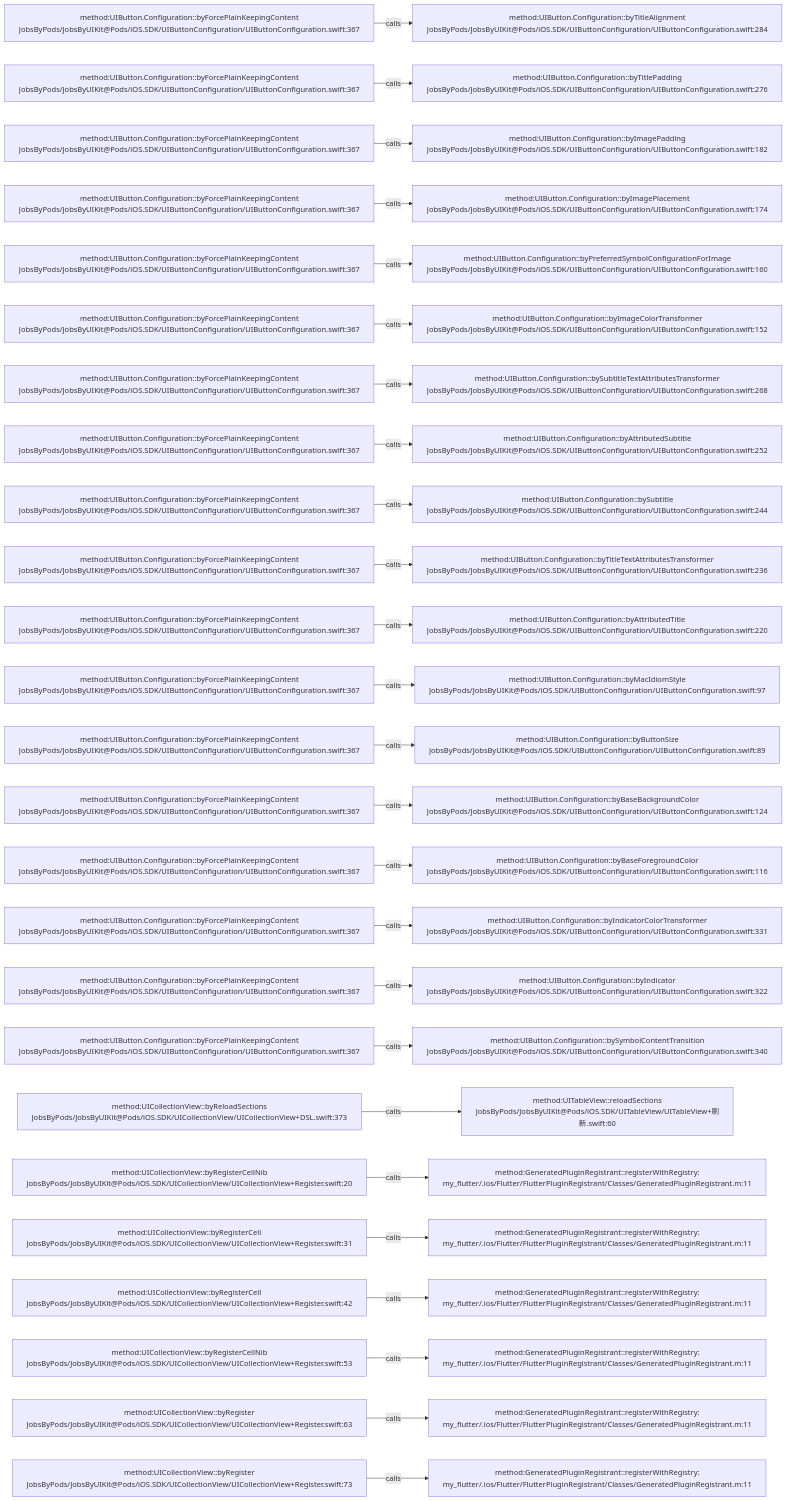
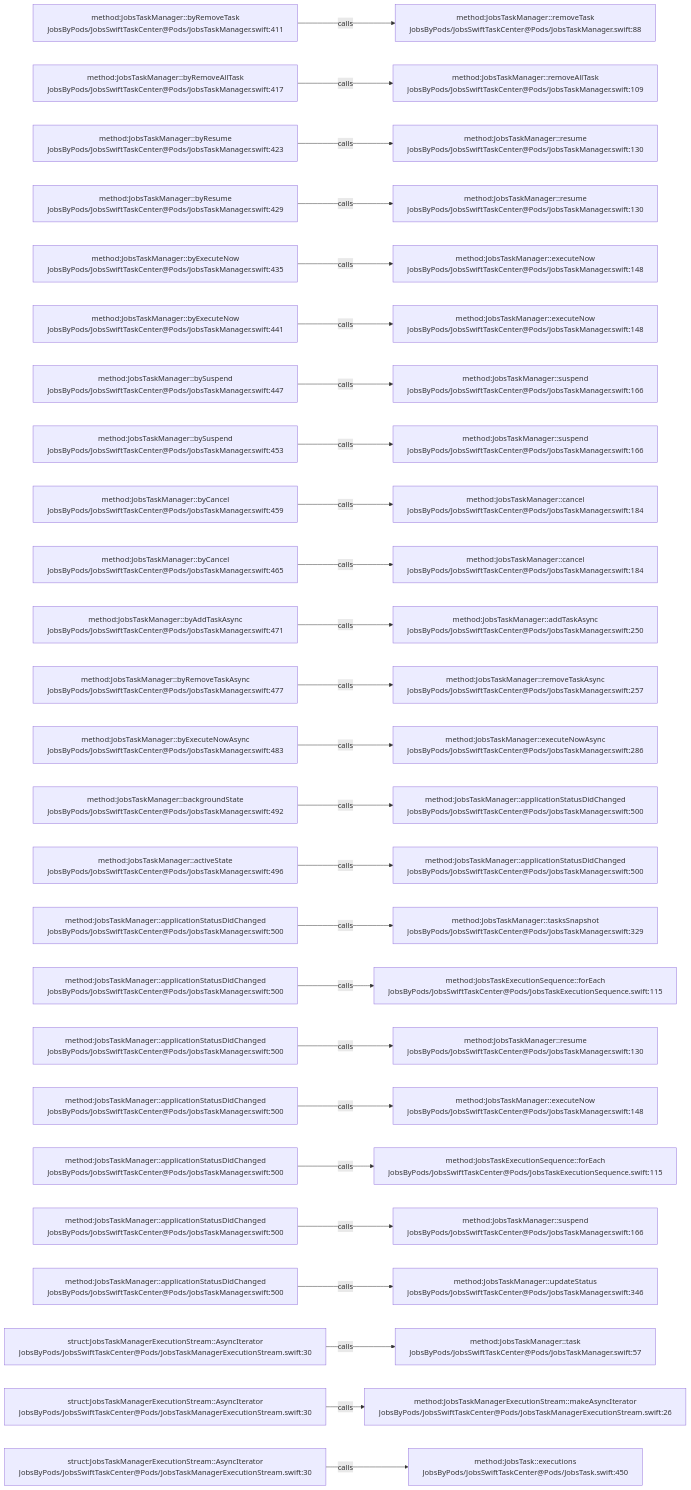
One commit to JobsKits/JobsSwiftBaseConfigDemo changed the diagram in .codegraph/codegraph.md/graphs/calls-058.md. Above: the diagram before and after it, drawn with Mermaid. The commit also changed 569 other files, not shown here.

````diff
--- a/.codegraph/codegraph.md/graphs/calls-058.md
+++ b/.codegraph/codegraph.md/graphs/calls-058.md
@@ -13,78 +13,78 @@
 ```mermaid
 flowchart LR
-  S1["method:UIButton.Configuration::byForcePlainKeepingContent<br/>JobsByPods/JobsByUIKit@Pods/iOS.SDK/UIButtonConfiguration/UIButtonConfiguration.swift:367"]
-  T1["method:UIButton.Configuration::byTitleAlignment<br/>JobsByPods/JobsByUIKit@Pods/iOS.SDK/UIButtonConfiguration/UIButtonConfiguration.swift:284"]
+  S1["method:JobsTaskManager::byRemoveTask<br/>JobsByPods/JobsSwiftTaskCenter@Pods/JobsTaskManager.swift:411"]
+  T1["method:JobsTaskManager::removeTask<br/>JobsByPods/JobsSwiftTaskCenter@Pods/JobsTaskManager.swift:88"]
   S1 -->|calls| T1
-  S2["method:UIButton.Configuration::byForcePlainKeepingContent<br/>JobsByPods/JobsByUIKit@Pods/iOS.SDK/UIButtonConfiguration/UIButtonConfiguration.swift:367"]
-  T2["method:UIButton.Configuration::byTitlePadding<br/>JobsByPods/JobsByUIKit@Pods/iOS.SDK/UIButtonConfiguration/UIButtonConfiguration.swift:276"]
+  S2["method:JobsTaskManager::byRemoveAllTask<br/>JobsByPods/JobsSwiftTaskCenter@Pods/JobsTaskManager.swift:417"]
+  T2["method:JobsTaskManager::removeAllTask<br/>JobsByPods/JobsSwiftTaskCenter@Pods/JobsTaskManager.swift:109"]
   S2 -->|calls| T2
-  S3["method:UIButton.Configuration::byForcePlainKeepingContent<br/>JobsByPods/JobsByUIKit@Pods/iOS.SDK/UIButtonConfiguration/UIButtonConfiguration.swift:367"]
-  T3["method:UIButton.Configuration::byImagePadding<br/>JobsByPods/JobsByUIKit@Pods/iOS.SDK/UIButtonConfiguration/UIButtonConfiguration.swift:182"]
+  S3["method:JobsTaskManager::byResume<br/>JobsByPods/JobsSwiftTaskCenter@Pods/JobsTaskManager.swift:423"]
+  T3["method:JobsTaskManager::resume<br/>JobsByPods/JobsSwiftTaskCenter@Pods/JobsTaskManager.swift:130"]
   S3 -->|calls| T3
-  S4["method:UIButton.Configuration::byForcePlainKeepingContent<br/>JobsByPods/JobsByUIKit@Pods/iOS.SDK/UIButtonConfiguration/UIButtonConfiguration.swift:367"]
-  T4["method:UIButton.Configuration::byImagePlacement<br/>JobsByPods/JobsByUIKit@Pods/iOS.SDK/UIButtonConfiguration/UIButtonConfiguration.swift:174"]
+  S4["method:JobsTaskManager::byResume<br/>JobsByPods/JobsSwiftTaskCenter@Pods/JobsTaskManager.swift:429"]
+  T4["method:JobsTaskManager::resume<br/>JobsByPods/JobsSwiftTaskCenter@Pods/JobsTaskManager.swift:130"]
   S4 -->|calls| T4
-  S5["method:UIButton.Configuration::byForcePlainKeepingContent<br/>JobsByPods/JobsByUIKit@Pods/iOS.SDK/UIButtonConfiguration/UIButtonConfiguration.swift:367"]
-  T5["method:UIButton.Configuration::byPreferredSymbolConfigurationForImage<br/>JobsByPods/JobsByUIKit@Pods/iOS.SDK/UIButtonConfiguration/UIButtonConfiguration.swift:160"]
+  S5["method:JobsTaskManager::byExecuteNow<br/>JobsByPods/JobsSwiftTaskCenter@Pods/JobsTaskManager.swift:435"]
+  T5["method:JobsTaskManager::executeNow<br/>JobsByPods/JobsSwiftTaskCenter@Pods/JobsTaskManager.swift:148"]
   S5 -->|calls| T5
-  S6["method:UIButton.Configuration::byForcePlainKeepingContent<br/>JobsByPods/JobsByUIKit@Pods/iOS.SDK/UIButtonConfiguration/UIButtonConfiguration.swift:367"]
-  T6["method:UIButton.Configuration::byImageColorTransformer<br/>JobsByPods/JobsByUIKit@Pods/iOS.SDK/UIButtonConfiguration/UIButtonConfiguration.swift:152"]
+  S6["method:JobsTaskManager::byExecuteNow<br/>JobsByPods/JobsSwiftTaskCenter@Pods/JobsTaskManager.swift:441"]
+  T6["method:JobsTaskManager::executeNow<br/>JobsByPods/JobsSwiftTaskCenter@Pods/JobsTaskManager.swift:148"]
   S6 -->|calls| T6
-  S7["method:UIButton.Configuration::byForcePlainKeepingContent<br/>JobsByPods/JobsByUIKit@Pods/iOS.SDK/UIButtonConfiguration/UIButtonConfiguration.swift:367"]
-  T7["method:UIButton.Configuration::bySubtitleTextAttributesTransformer<br/>JobsByPods/JobsByUIKit@Pods/iOS.SDK/UIButtonConfiguration/UIButtonConfiguration.swift:268"]
+  S7["method:JobsTaskManager::bySuspend<br/>JobsByPods/JobsSwiftTaskCenter@Pods/JobsTaskManager.swift:447"]
+  T7["method:JobsTaskManager::suspend<br/>JobsByPods/JobsSwiftTaskCenter@Pods/JobsTaskManager.swift:166"]
   S7 -->|calls| T7
-  S8["method:UIButton.Configuration::byForcePlainKeepingContent<br/>JobsByPods/JobsByUIKit@Pods/iOS.SDK/UIButtonConfiguration/UIButtonConfiguration.swift:367"]
-  T8["method:UIButton.Configuration::byAttributedSubtitle<br/>JobsByPods/JobsByUIKit@Pods/iOS.SDK/UIButtonConfiguration/UIButtonConfiguration.swift:252"]
+  S8["method:JobsTaskManager::bySuspend<br/>JobsByPods/JobsSwiftTaskCenter@Pods/JobsTaskManager.swift:453"]
+  T8["method:JobsTaskManager::suspend<br/>JobsByPods/JobsSwiftTaskCenter@Pods/JobsTaskManager.swift:166"]
   S8 -->|calls| T8
-  S9["method:UIButton.Configuration::byForcePlainKeepingContent<br/>JobsByPods/JobsByUIKit@Pods/iOS.SDK/UIButtonConfiguration/UIButtonConfiguration.swift:367"]
-  T9["method:UIButton.Configuration::bySubtitle<br/>JobsByPods/JobsByUIKit@Pods/iOS.SDK/UIButtonConfiguration/UIButtonConfiguration.swift:244"]
+  S9["method:JobsTaskManager::byCancel<br/>JobsByPods/JobsSwiftTaskCenter@Pods/JobsTaskManager.swift:459"]
+  T9["method:JobsTaskManager::cancel<br/>JobsByPods/JobsSwiftTaskCenter@Pods/JobsTaskManager.swift:184"]
   S9 -->|calls| T9
-  S10["method:UIButton.Configuration::byForcePlainKeepingContent<br/>JobsByPods/JobsByUIKit@Pods/iOS.SDK/UIButtonConfiguration/UIButtonConfiguration.swift:367"]
-  T10["method:UIButton.Configuration::byTitleTextAttributesTransformer<br/>JobsByPods/JobsByUIKit@Pods/iOS.SDK/UIButtonConfiguration/UIButtonConfiguration.swift:236"]
+  S10["method:JobsTaskManager::byCancel<br/>JobsByPods/JobsSwiftTaskCenter@Pods/JobsTaskManager.swift:465"]
+  T10["method:JobsTaskManager::cancel<br/>JobsByPods/JobsSwiftTaskCenter@Pods/JobsTaskManager.swift:184"]
   S10 -->|calls| T10
-  S11["method:UIButton.Configuration::byForcePlainKeepingContent<br/>JobsByPods/JobsByUIKit@Pods/iOS.SDK/UIButtonConfiguration/UIButtonConfiguration.swift:367"]
-  T11["method:UIButton.Configuration::byAttributedTitle<br/>JobsByPods/JobsByUIKit@Pods/iOS.SDK/UIButtonConfiguration/UIButtonConfiguration.swift:220"]
+  S11["method:JobsTaskManager::byAddTaskAsync<br/>JobsByPods/JobsSwiftTaskCenter@Pods/JobsTaskManager.swift:471"]
+  T11["method:JobsTaskManager::addTaskAsync<br/>JobsByPods/JobsSwiftTaskCenter@Pods/JobsTaskManager.swift:250"]
   S11 -->|calls| T11
-  S12["method:UIButton.Configuration::byForcePlainKeepingContent<br/>JobsByPods/JobsByUIKit@Pods/iOS.SDK/UIButtonConfiguration/UIButtonConfiguration.swift:367"]
-  T12["method:UIButton.Configuration::byMacIdiomStyle<br/>JobsByPods/JobsByUIKit@Pods/iOS.SDK/UIButtonConfiguration/UIButtonConfiguration.swift:97"]
+  S12["method:JobsTaskManager::byRemoveTaskAsync<br/>JobsByPods/JobsSwiftTaskCenter@Pods/JobsTaskManager.swift:477"]
+  T12["method:JobsTaskManager::removeTaskAsync<br/>JobsByPods/JobsSwiftTaskCenter@Pods/JobsTaskManager.swift:257"]
   S12 -->|calls| T12
-  S13["method:UIButton.Configuration::byForcePlainKeepingContent<br/>JobsByPods/JobsByUIKit@Pods/iOS.SDK/UIButtonConfiguration/UIButtonConfiguration.swift:367"]
-  T13["method:UIButton.Configuration::byButtonSize<br/>JobsByPods/JobsByUIKit@Pods/iOS.SDK/UIButtonConfiguration/UIButtonConfiguration.swift:89"]
+  S13["method:JobsTaskManager::byExecuteNowAsync<br/>JobsByPods/JobsSwiftTaskCenter@Pods/JobsTaskManager.swift:483"]
+  T13["method:JobsTaskManager::executeNowAsync<br/>JobsByPods/JobsSwiftTaskCenter@Pods/JobsTaskManager.swift:286"]
   S13 -->|calls| T13
-  S14["method:UIButton.Configuration::byForcePlainKeepingContent<br/>JobsByPods/JobsByUIKit@Pods/iOS.SDK/UIButtonConfiguration/UIButtonConfiguration.swift:367"]
-  T14["method:UIButton.Configuration::byBaseBackgroundColor<br/>JobsByPods/JobsByUIKit@Pods/iOS.SDK/UIButtonConfiguration/UIButtonConfiguration.swift:124"]
+  S14["method:JobsTaskManager::backgroundState<br/>JobsByPods/JobsSwiftTaskCenter@Pods/JobsTaskManager.swift:492"]
+  T14["method:JobsTaskManager::applicationStatusDidChanged<br/>JobsByPods/JobsSwiftTaskCenter@Pods/JobsTaskManager.swift:500"]
   S14 -->|calls| T14
-  S15["method:UIButton.Configuration::byForcePlainKeepingContent<br/>JobsByPods/JobsByUIKit@Pods/iOS.SDK/UIButtonConfiguration/UIButtonConfiguration.swift:367"]
-  T15["method:UIButton.Configuration::byBaseForegroundColor<br/>JobsByPods/JobsByUIKit@Pods/iOS.SDK/UIButtonConfiguration/UIButtonConfiguration.swift:116"]
+  S15["method:JobsTaskManager::activeState<br/>JobsByPods/JobsSwiftTaskCenter@Pods/JobsTaskManager.swift:496"]
+  T15["method:JobsTaskManager::applicationStatusDidChanged<br/>JobsByPods/JobsSwiftTaskCenter@Pods/JobsTaskManager.swift:500"]
   S15 -->|calls| T15
-  S16["method:UIButton.Configuration::byForcePlainKeepingContent<br/>JobsByPods/JobsByUIKit@Pods/iOS.SDK/UIButtonConfiguration/UIButtonConfiguration.swift:367"]
-  T16["method:UIButton.Configuration::byIndicatorColorTransformer<br/>JobsByPods/JobsByUIKit@Pods/iOS.SDK/UIButtonConfiguration/UIButtonConfiguration.swift:331"]
+  S16["method:JobsTaskManager::applicationStatusDidChanged<br/>JobsByPods/JobsSwiftTaskCenter@Pods/JobsTaskManager.swift:500"]
+  T16["method:JobsTaskManager::tasksSnapshot<br/>JobsByPods/JobsSwiftTaskCenter@Pods/JobsTaskManager.swift:329"]
   S16 -->|calls| T16
-  S17["method:UIButton.Configuration::byForcePlainKeepingContent<br/>JobsByPods/JobsByUIKit@Pods/iOS.SDK/UIButtonConfiguration/UIButtonConfiguration.swift:367"]
-  T17["method:UIButton.Configuration::byIndicator<br/>JobsByPods/JobsByUIKit@Pods/iOS.SDK/UIButtonConfiguration/UIButtonConfiguration.swift:322"]
+  S17["method:JobsTaskManager::applicationStatusDidChanged<br/>JobsByPods/JobsSwiftTaskCenter@Pods/JobsTaskManager.swift:500"]
+  T17["method:JobsTaskExecutionSequence::forEach<br/>JobsByPods/JobsSwiftTaskCenter@Pods/JobsTaskExecutionSequence.swift:115"]
   S17 -->|calls| T17
-  S18["method:UIButton.Configuration::byForcePlainKeepingContent<br/>JobsByPods/JobsByUIKit@Pods/iOS.SDK/UIButtonConfiguration/UIButtonConfiguration.swift:367"]
-  T18["method:UIButton.Configuration::bySymbolContentTransition<br/>JobsByPods/JobsByUIKit@Pods/iOS.SDK/UIButtonConfiguration/UIButtonConfiguration.swift:340"]
+  S18["method:JobsTaskManager::applicationStatusDidChanged<br/>JobsByPods/JobsSwiftTaskCenter@Pods/JobsTaskManager.swift:500"]
+  T18["method:JobsTaskManager::resume<br/>JobsByPods/JobsSwiftTaskCenter@Pods/JobsTaskManager.swift:130"]
   S18 -->|calls| T18
-  S19["method:UICollectionView::byReloadSections<br/>JobsByPods/JobsByUIKit@Pods/iOS.SDK/UICollectionView/UICollectionView+DSL.swift:373"]
-  T19["method:UITableView::reloadSections<br/>JobsByPods/JobsByUIKit@Pods/iOS.SDK/UITableView/UITableView+刷新.swift:60"]
+  S19["method:JobsTaskManager::applicationStatusDidChanged<br/>JobsByPods/JobsSwiftTaskCenter@Pods/JobsTaskManager.swift:500"]
+  T19["method:JobsTaskManager::executeNow<br/>JobsByPods/JobsSwiftTaskCenter@Pods/JobsTaskManager.swift:148"]
   S19 -->|calls| T19
-  S20["method:UICollectionView::byRegisterCellNib<br/>JobsByPods/JobsByUIKit@Pods/iOS.SDK/UICollectionView/UICollectionView+Register.swift:20"]
-  T20["method:GeneratedPluginRegistrant::registerWithRegistry:<br/>my_flutter/.ios/Flutter/FlutterPluginRegistrant/Classes/GeneratedPluginRegistrant.m:11"]
+  S20["method:JobsTaskManager::applicationStatusDidChanged<br/>JobsByPods/JobsSwiftTaskCenter@Pods/JobsTaskManager.swift:500"]
+  T20["method:JobsTaskExecutionSequence::forEach<br/>JobsByPods/JobsSwiftTaskCenter@Pods/JobsTaskExecutionSequence.swift:115"]
   S20 -->|calls| T20
-  S21["method:UICollectionView::byRegisterCell<br/>JobsByPods/JobsByUIKit@Pods/iOS.SDK/UICollectionView/UICollectionView+Register.swift:31"]
-  T21["method:GeneratedPluginRegistrant::registerWithRegistry:<br/>my_flutter/.ios/Flutter/FlutterPluginRegistrant/Classes/GeneratedPluginRegistrant.m:11"]
+  S21["method:JobsTaskManager::applicationStatusDidChanged<br/>JobsByPods/JobsSwiftTaskCenter@Pods/JobsTaskManager.swift:500"]
+  T21["method:JobsTaskManager::suspend<br/>JobsByPods/JobsSwiftTaskCenter@Pods/JobsTaskManager.swift:166"]
   S21 -->|calls| T21
-  S22["method:UICollectionView::byRegisterCell<br/>JobsByPods/JobsByUIKit@Pods/iOS.SDK/UICollectionView/UICollectionView+Register.swift:42"]
-  T22["method:GeneratedPluginRegistrant::registerWithRegistry:<br/>my_flutter/.ios/Flutter/FlutterPluginRegistrant/Classes/GeneratedPluginRegistrant.m:11"]
+  S22["method:JobsTaskManager::applicationStatusDidChanged<br/>JobsByPods/JobsSwiftTaskCenter@Pods/JobsTaskManager.swift:500"]
+  T22["method:JobsTaskManager::updateStatus<br/>JobsByPods/JobsSwiftTaskCenter@Pods/JobsTaskManager.swift:346"]
   S22 -->|calls| T22
-  S23["method:UICollectionView::byRegisterCellNib<br/>JobsByPods/JobsByUIKit@Pods/iOS.SDK/UICollectionView/UICollectionView+Register.swift:53"]
-  T23["method:GeneratedPluginRegistrant::registerWithRegistry:<br/>my_flutter/.ios/Flutter/FlutterPluginRegistrant/Classes/GeneratedPluginRegistrant.m:11"]
+  S23["struct:JobsTaskManagerExecutionStream::AsyncIterator<br/>JobsByPods/JobsSwiftTaskCenter@Pods/JobsTaskManagerExecutionStream.swift:30"]
+  T23["method:JobsTaskManager::task<br/>JobsByPods/JobsSwiftTaskCenter@Pods/JobsTaskManager.swift:57"]
   S23 -->|calls| T23
-  S24["method:UICollectionView::byRegister<br/>JobsByPods/JobsByUIKit@Pods/iOS.SDK/UICollectionView/UICollectionView+Register.swift:63"]
-  T24["method:GeneratedPluginRegistrant::registerWithRegistry:<br/>my_flutter/.ios/Flutter/FlutterPluginRegistrant/Classes/GeneratedPluginRegistrant.m:11"]
+  S24["struct:JobsTaskManagerExecutionStream::AsyncIterator<br/>JobsByPods/JobsSwiftTaskCenter@Pods/JobsTaskManagerExecutionStream.swift:30"]
+  T24["method:JobsTaskManagerExecutionStream::makeAsyncIterator<br/>JobsByPods/JobsSwiftTaskCenter@Pods/JobsTaskManagerExecutionStream.swift:26"]
   S24 -->|calls| T24
-  S25["method:UICollectionView::byRegister<br/>JobsByPods/JobsByUIKit@Pods/iOS.SDK/UICollectionView/UICollectionView+Register.swift:73"]
-  T25["method:GeneratedPluginRegistrant::registerWithRegistry:<br/>my_flutter/.ios/Flutter/FlutterPluginRegistrant/Classes/GeneratedPluginRegistrant.m:11"]
+  S25["struct:JobsTaskManagerExecutionStream::AsyncIterator<br/>JobsByPods/JobsSwiftTaskCenter@Pods/JobsTaskManagerExecutionStream.swift:30"]
+  T25["method:JobsTask::executions<br/>JobsByPods/JobsSwiftTaskCenter@Pods/JobsTask.swift:450"]
   S25 -->|calls| T25
 ```
````
